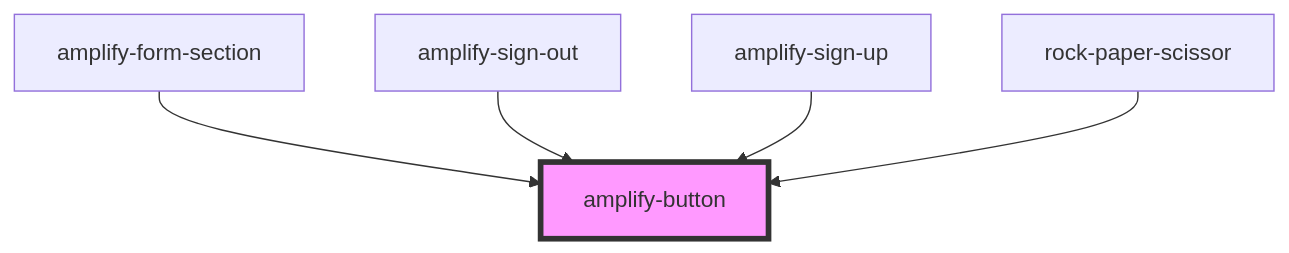
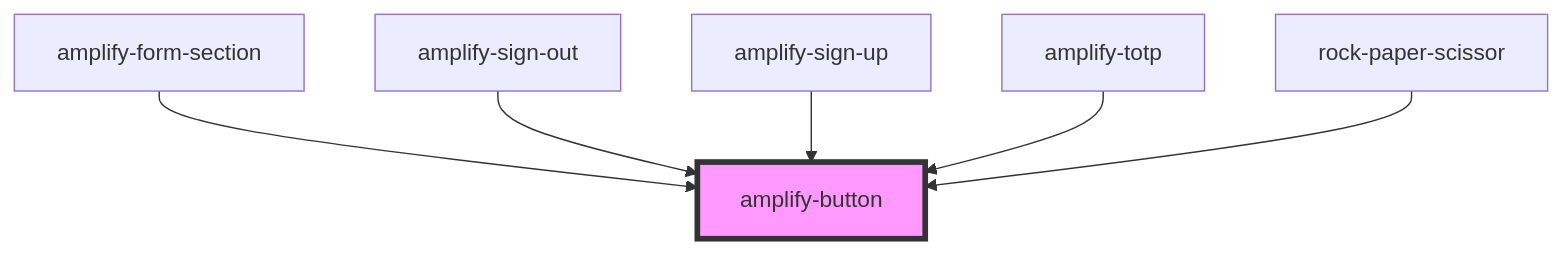
One commit to aws-amplify/amplify-js changed the diagram in packages/amplify-ui-components/src/components/amplify-button/readme.md. Above: the diagram before and after it, drawn with Mermaid. The commit also changed other lines of this file and 5 other files, not shown here.

````diff
--- a/packages/amplify-ui-components/src/components/amplify-button/readme.md
+++ b/packages/amplify-ui-components/src/components/amplify-button/readme.md
@@ -25,8 +26,9 @@
 ```mermaid
 graph TD;
   amplify-form-section --> amplify-button
   amplify-sign-out --> amplify-button
   amplify-sign-up --> amplify-button
+  amplify-totp --> amplify-button
   rock-paper-scissor --> amplify-button
   style amplify-button fill:#f9f,stroke:#333,stroke-width:4px
 ```
````
